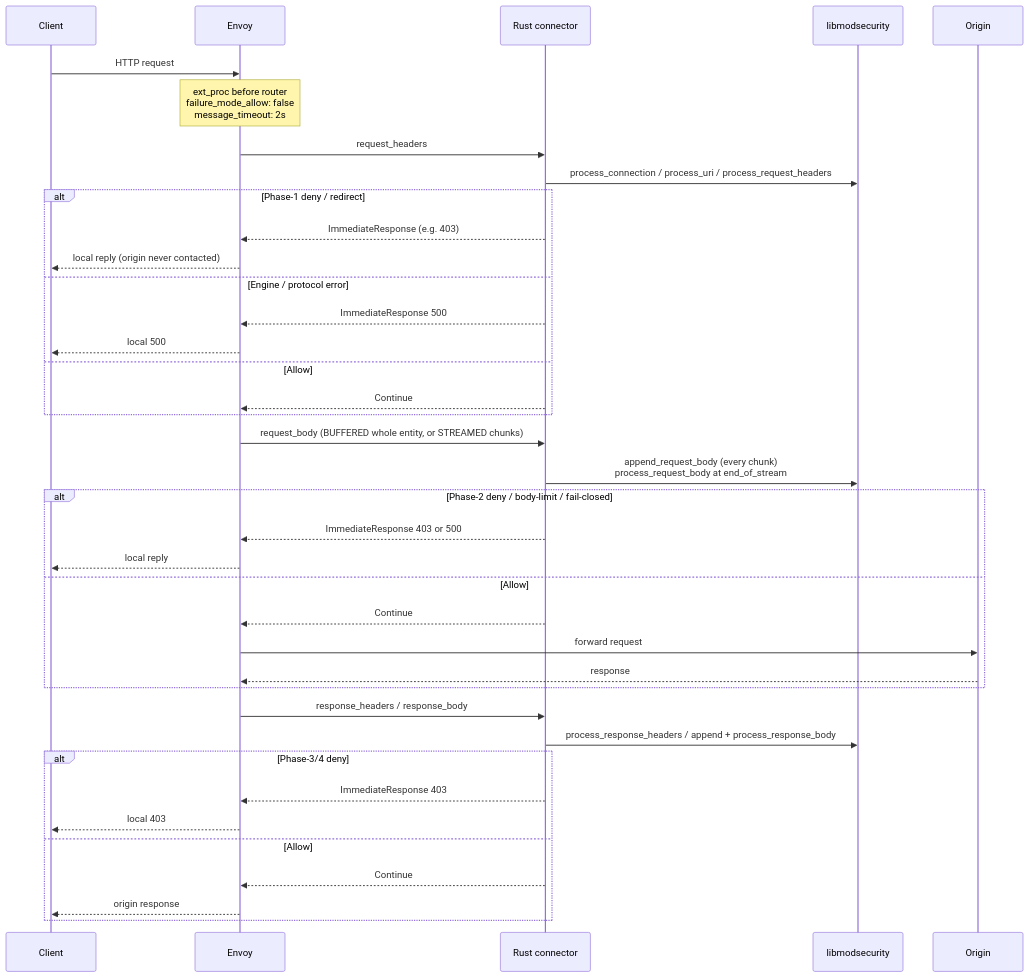
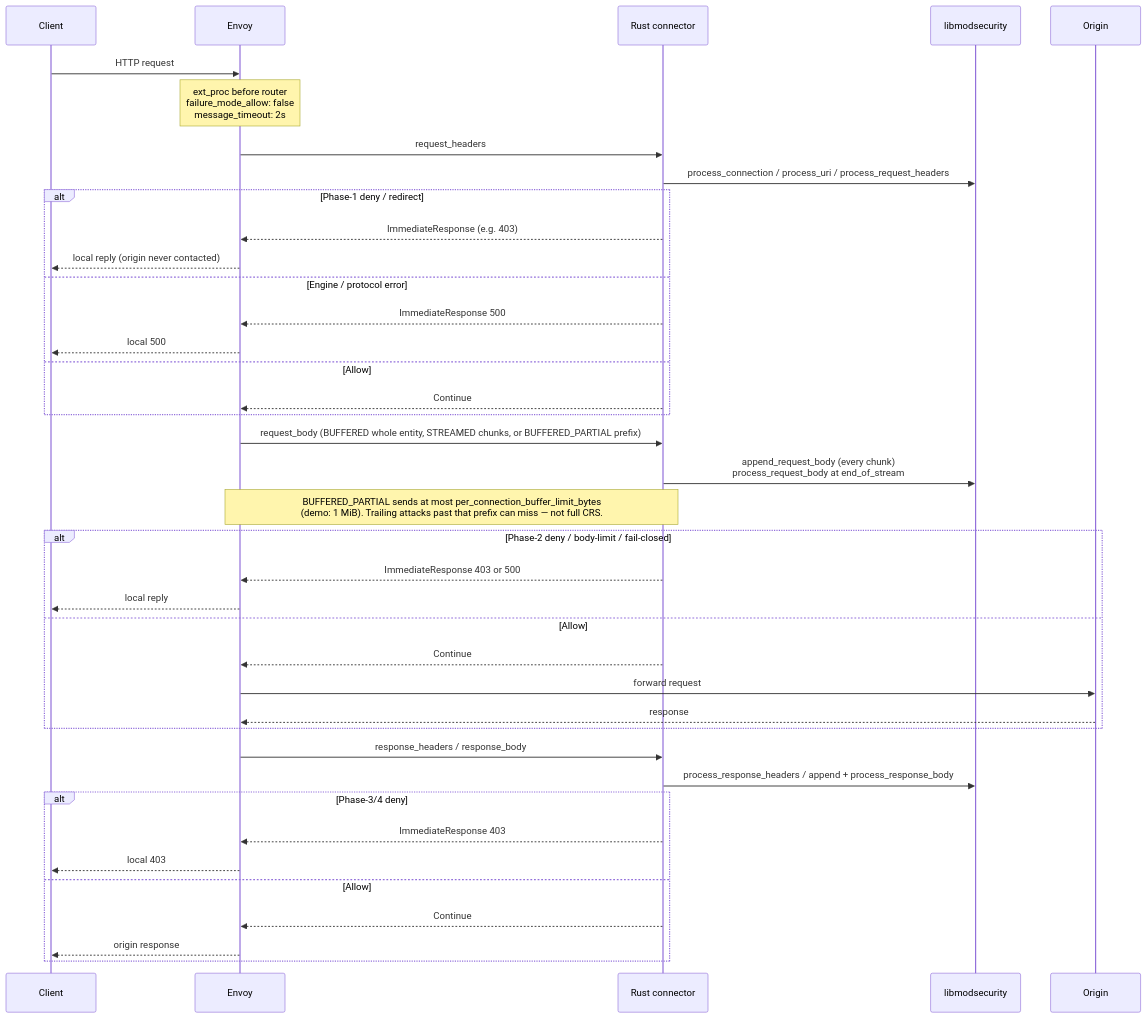
The second of 3 diagrams in docs/how-it-works.md (etiennemunnich/modsec-envoy-connector), drawn with Mermaid before and after one commit. The commit also changed 11 other files, not shown here.

First line of the commit message:
feat(demo/ci): BUFFERED_PARTIAL 1 MiB honesty + CRS e2e cell (#25)

````diff
--- a/docs/how-it-works.md
+++ b/docs/how-it-works.md
@@ -65,44 +65,45 @@
 ```mermaid
 sequenceDiagram
   participant C as Client
   participant E as Envoy
   participant R as Rust connector
   participant M as libmodsecurity
   participant U as Origin
 
   C->>E: HTTP request
   Note over E: ext_proc before router<br/>failure_mode_allow: false<br/>message_timeout: 2s
 
   E->>R: request_headers
   R->>M: process_connection / process_uri / process_request_headers
   alt Phase-1 deny / redirect
     R-->>E: ImmediateResponse (e.g. 403)
     E-->>C: local reply (origin never contacted)
   else Engine / protocol error
     R-->>E: ImmediateResponse 500
     E-->>C: local 500
   else Allow
     R-->>E: Continue
   end
 
-  E->>R: request_body (BUFFERED whole entity, or STREAMED chunks)
+  E->>R: request_body (BUFFERED whole entity, STREAMED chunks, or BUFFERED_PARTIAL prefix)
   R->>M: append_request_body (every chunk)<br/>process_request_body at end_of_stream
+  Note over E,R: BUFFERED_PARTIAL sends at most per_connection_buffer_limit_bytes<br/>(demo: 1 MiB). Trailing attacks past that prefix can miss — not full CRS.
   alt Phase-2 deny / body-limit / fail-closed
     R-->>E: ImmediateResponse 403 or 500
     E-->>C: local reply
   else Allow
     R-->>E: Continue
     E->>U: forward request
     U-->>E: response
   end
 
   E->>R: response_headers / response_body
   R->>M: process_response_headers / append + process_response_body
   alt Phase-3/4 deny
     R-->>E: ImmediateResponse 403
     E-->>C: local 403
   else Allow
     R-->>E: Continue
     E-->>C: origin response
   end
 ```
````
